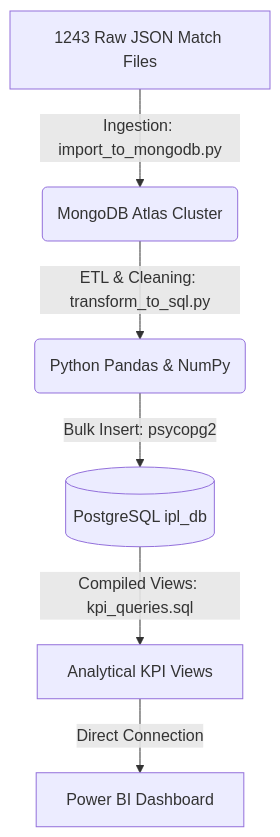
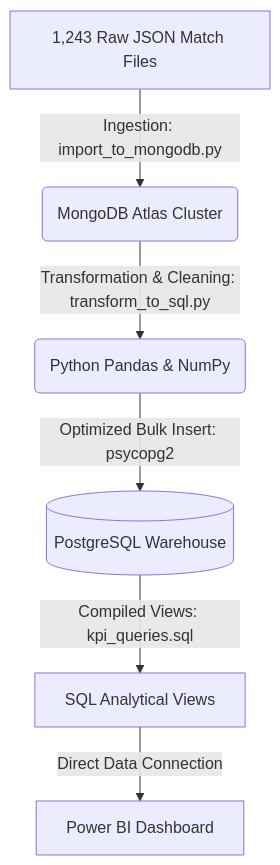
One commit to sahil8017/ipl-data-analytics changed the diagram in README.md. Above: the diagram before and after it, drawn with Mermaid. The commit also changed other lines of this file, not shown here.

Commit message:
Update README.md with detailed, human-written design and data cleaning explanations

````diff
--- a/README.md
+++ b/README.md
@@ -18,8 +11,8 @@
 ```mermaid
 graph TD
-    A[1243 Raw JSON Match Files] -->|Ingestion: import_to_mongodb.py| B(MongoDB Atlas Cluster)
-    B -->|ETL & Cleaning: transform_to_sql.py| C(Python Pandas & NumPy)
-    C -->|Bulk Insert: psycopg2| D[(PostgreSQL ipl_db)]
-    D -->|Compiled Views: kpi_queries.sql| E[Analytical KPI Views]
-    E -->|Direct Connection| F[Power BI Dashboard]
+    A[1,243 Raw JSON Match Files] -->|Ingestion: import_to_mongodb.py| B(MongoDB Atlas Cluster)
+    B -->|Transformation & Cleaning: transform_to_sql.py| C(Python Pandas & NumPy)
+    C -->|Optimized Bulk Insert: psycopg2| D[(PostgreSQL Warehouse)]
+    D -->|Compiled Views: kpi_queries.sql| E[SQL Analytical Views]
+    E -->|Direct Data Connection| F[Power BI Dashboard]
 ```
````
